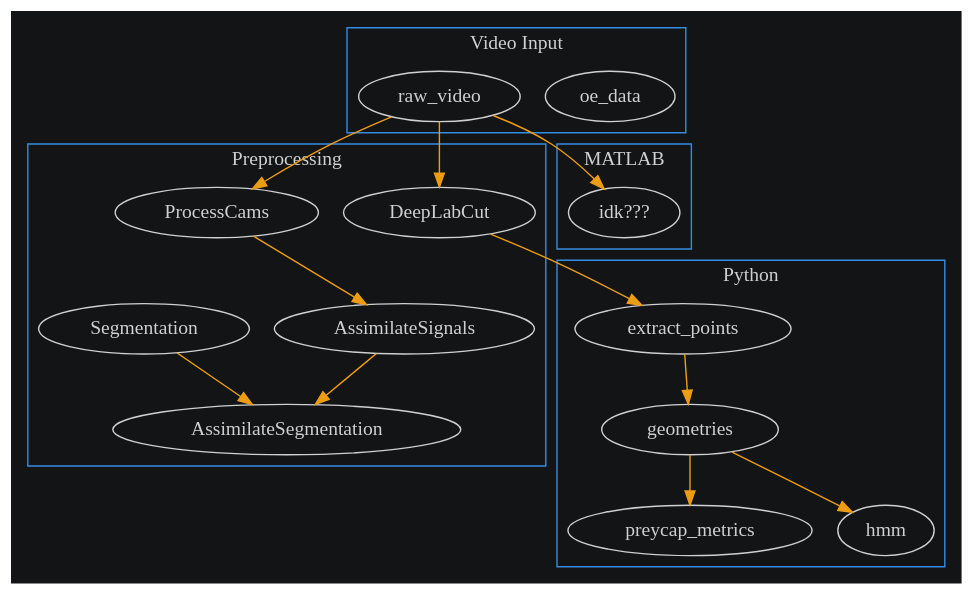
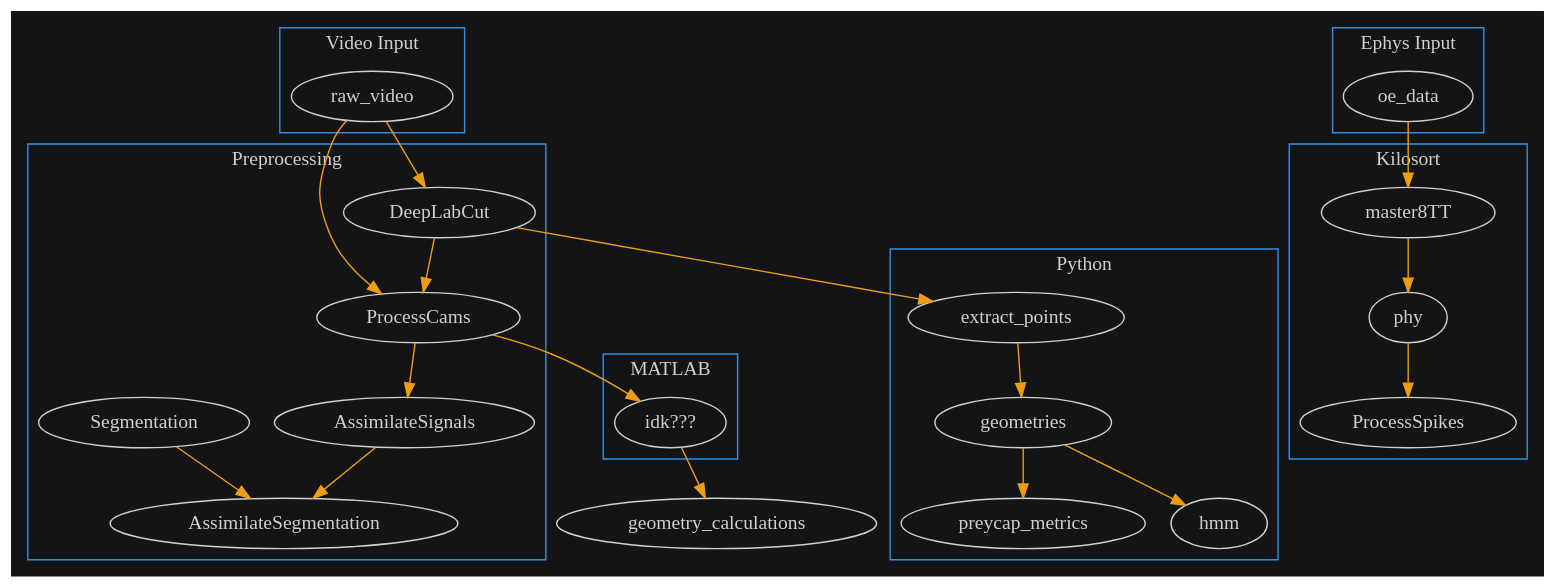
The diagram in docs/projects/preycapture/analysis/index.md (wehr-lab/labtools), drawn with Graphviz before and after one commit.

Commit message:
added outline of matlab processing, kilosort overview

````diff
--- a/docs/projects/preycapture/analysis/index.md
+++ b/docs/projects/preycapture/analysis/index.md
@@ -3,52 +3,68 @@
 ```{graphviz}
 digraph {
   bgcolor="#131416"
   fontcolor="#ffffffcc"
   color="#368ce2"
   node [color="#d0d0d0", fontcolor="#d0d0d0"]
   edge [color="#ed9d13"]
 
-  subgraph cluster_input {
+  subgraph cluster_videoinput {
       label = "Video Input"
+      raw_video
+  }
+
+  subgraph cluster_ephys {
+      label = "Ephys Input"
       oe_data
-      raw_video
   }
 
   subgraph cluster_preprocessing {
       label = "Preprocessing"
       dlc_python[label="DeepLabCut"]
       ProcessCams
       AssimilateSignals
       Segmentation
       AssimilateSegmentation
   }
 
   subgraph cluster_python {
       label="Python"
       extract_points
       geometries
       preycap_metrics
       hmm
   }
 
   subgraph cluster_matlab {
       label="MATLAB"
       idk[label="idk???"]
 
   }
 
+      subgraph cluster_kilosort {
+        label = "Kilosort"
+        master8TT
+        phy
+        ProcessSpikes
+    }
+
   raw_video -> dlc_python
   raw_video -> ProcessCams
+  dlc_python -> ProcessCams
   ProcessCams -> AssimilateSignals
   Segmentation -> AssimilateSegmentation
   AssimilateSignals -> AssimilateSegmentation
 
   dlc_python -> extract_points
   extract_points -> geometries
   geometries -> preycap_metrics
   geometries -> hmm
 
-  raw_video -> idk
+  ProcessCams -> idk
+  idk -> geometry_calculations
 
+  oe_data -> master8TT
+  master8TT -> phy
+  phy ->ProcessSpikes
 }
 ```
````
